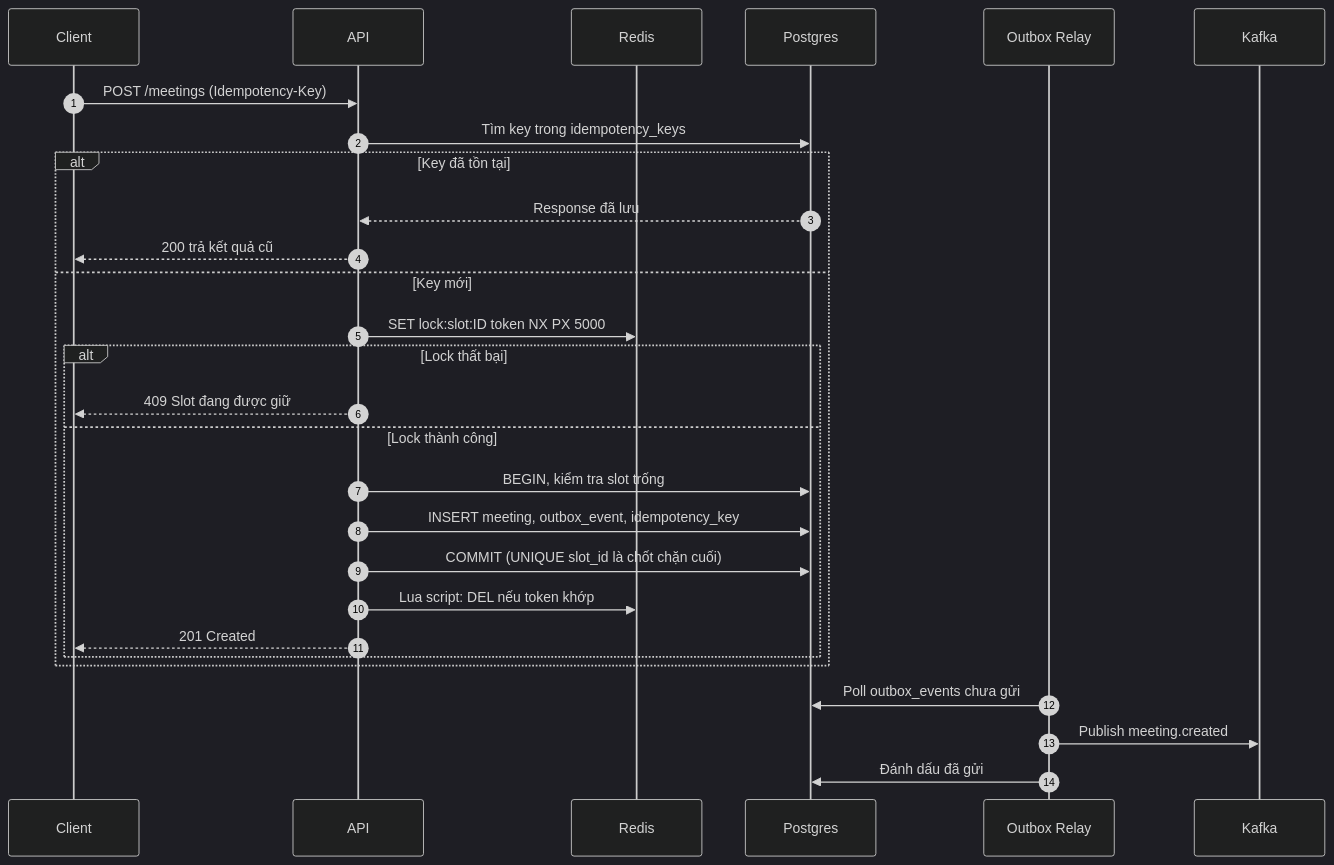
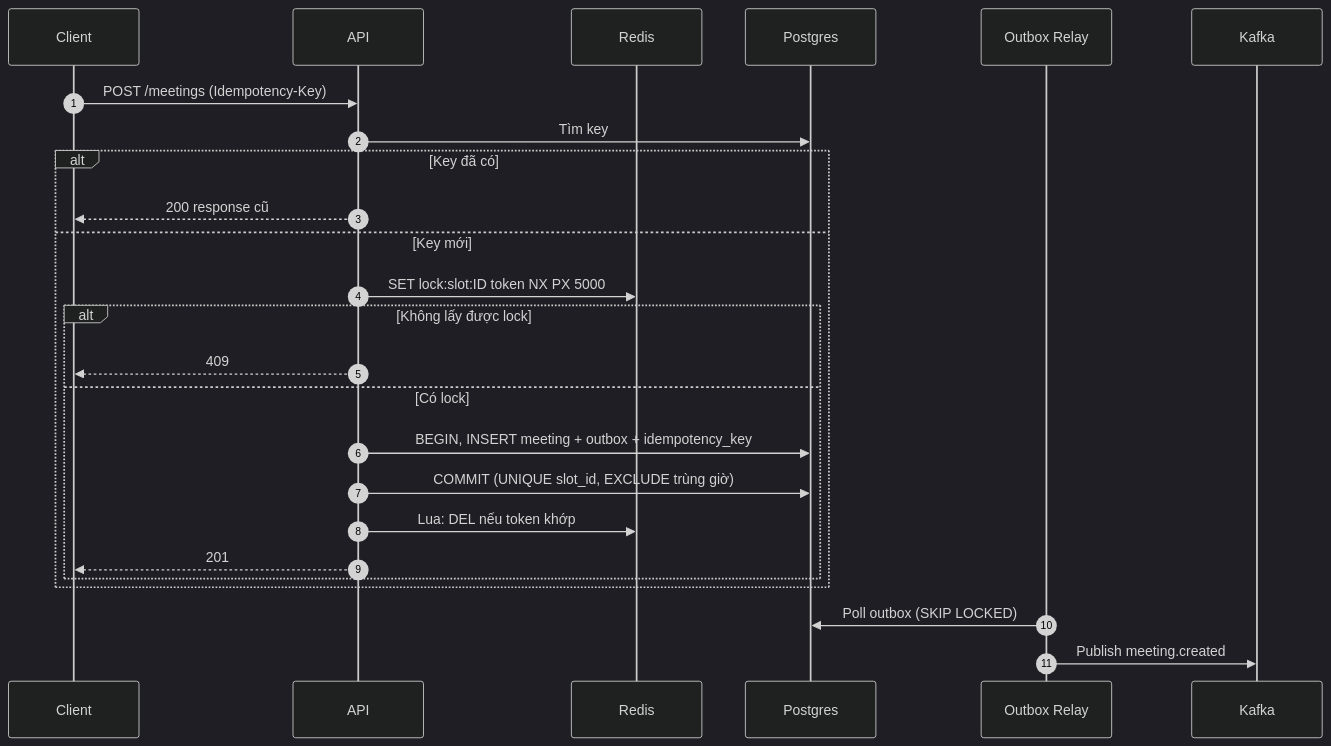
One commit to Trung1234/davas-matching changed the fifth of 10 diagrams in README.md. Above: the diagram before and after it, drawn with Mermaid (dark theme). The commit also changed other lines of this file, not shown here.

````diff
--- a/README.md
+++ b/README.md
@@ -121,31 +398,28 @@
 ```mermaid
 sequenceDiagram
     autonumber
     participant C as Client
     participant A as API
     participant R as Redis
     participant P as Postgres
     participant O as Outbox Relay
     participant K as Kafka
 
     C->>A: POST /meetings (Idempotency-Key)
-    A->>P: Tìm key trong idempotency_keys
-    alt Key đã tồn tại
-        P-->>A: Response đã lưu
-        A-->>C: 200 trả kết quả cũ
+    A->>P: Tìm key
+    alt Key đã có
+        A-->>C: 200 response cũ
     else Key mới
         A->>R: SET lock:slot:ID token NX PX 5000
-        alt Lock thất bại
-            A-->>C: 409 Slot đang được giữ
-        else Lock thành công
-            A->>P: BEGIN, kiểm tra slot trống
-            A->>P: INSERT meeting, outbox_event, idempotency_key
-            A->>P: COMMIT (UNIQUE slot_id là chốt chặn cuối)
-            A->>R: Lua script: DEL nếu token khớp
-            A-->>C: 201 Created
+        alt Không lấy được lock
+            A-->>C: 409
+        else Có lock
+            A->>P: BEGIN, INSERT meeting + outbox + idempotency_key
+            A->>P: COMMIT (UNIQUE slot_id, EXCLUDE trùng giờ)
+            A->>R: Lua: DEL nếu token khớp
+            A-->>C: 201
         end
     end
-    O->>P: Poll outbox_events chưa gửi
+    O->>P: Poll outbox (SKIP LOCKED)
     O->>K: Publish meeting.created
-    O->>P: Đánh dấu đã gửi
 ```
````
